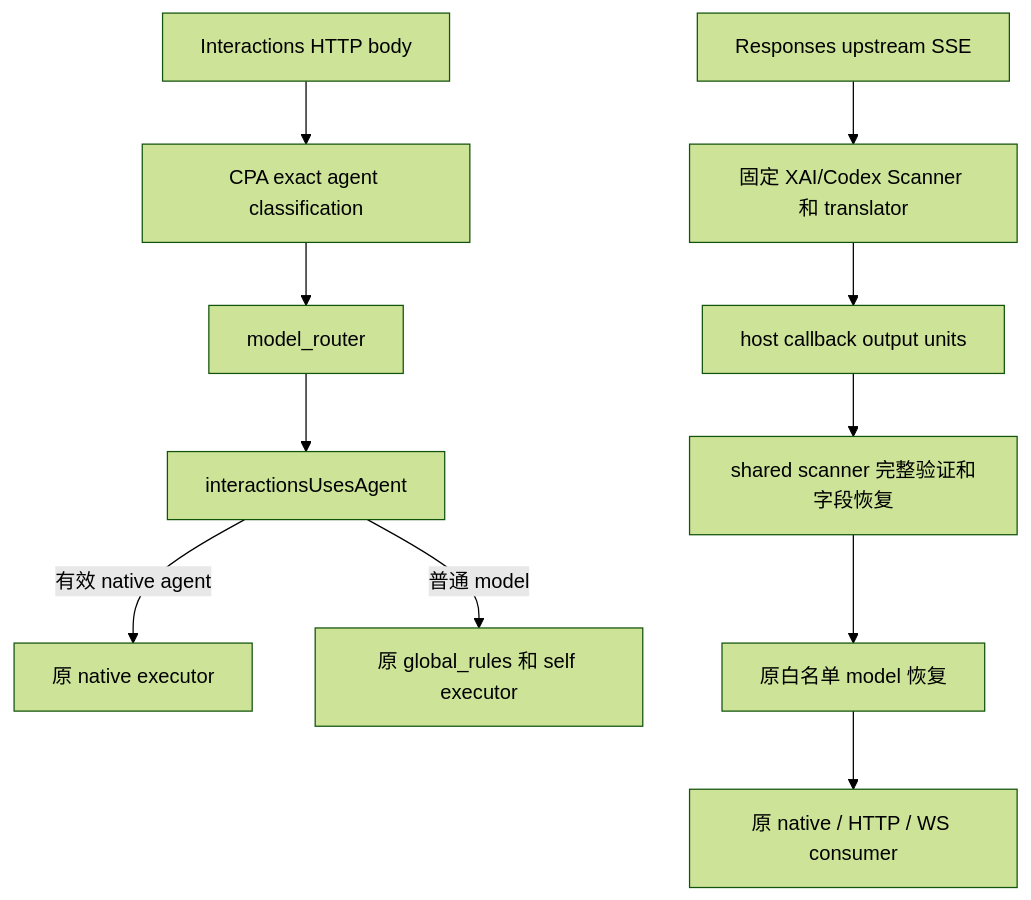
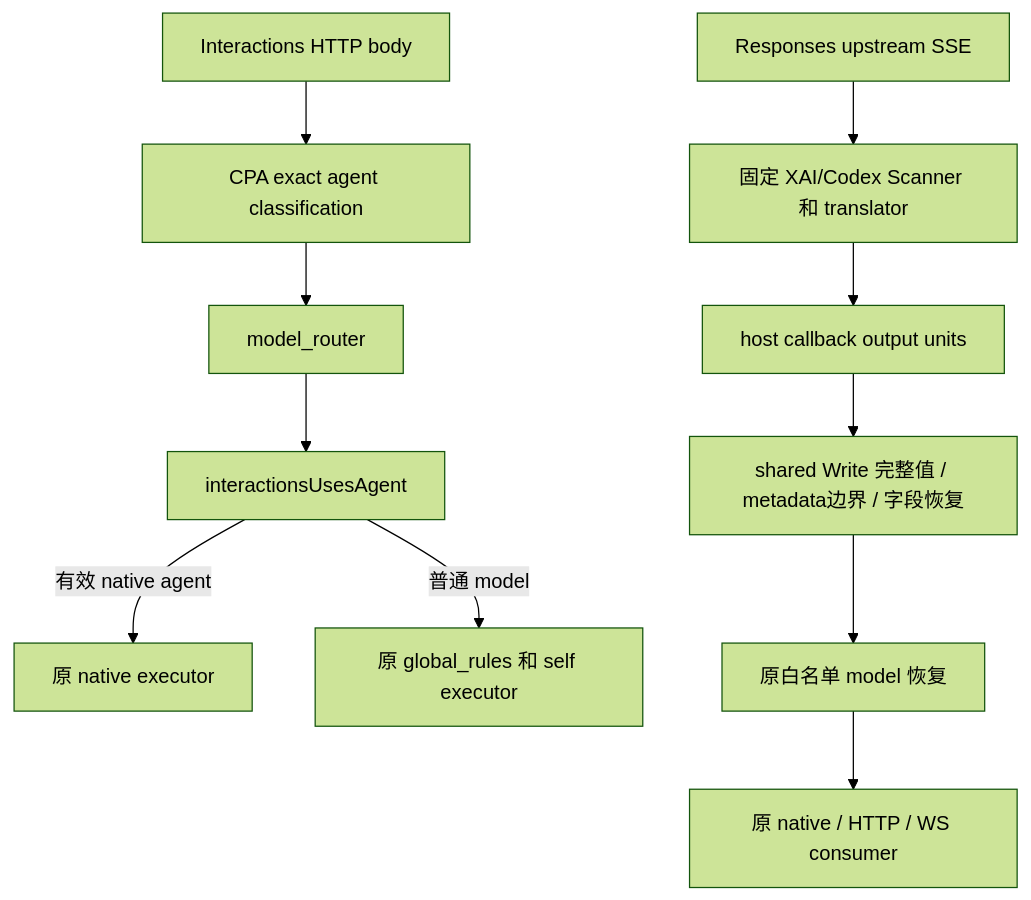
One commit to DoingDog/cpa-plugin-model-mapper changed the first of 5 diagrams in docs/superpowers/plans/2026-10-11-functional-audit-fixes-implementation.md. Above: the diagram before and after it, drawn with Mermaid (forest theme). The commit also changed other lines of this file and 1 other file, not shown here.

````diff
--- a/docs/superpowers/plans/2026-10-11-functional-audit-fixes-implementation.md
+++ b/docs/superpowers/plans/2026-10-11-functional-audit-fixes-implementation.md
@@ -79,13 +81,13 @@
 ```mermaid
 flowchart TB
   A[Interactions HTTP body] --> B[CPA exact agent classification]
   B --> C[model_router]
   C --> D[interactionsUsesAgent]
   D -->|有效 native agent| E[原 native executor]
   D -->|普通 model| F[原 global_rules 和 self executor]
   G[Responses upstream SSE] --> H[固定 XAI/Codex Scanner 和 translator]
   H --> I[host callback output units]
-  I --> J[shared scanner 完整验证和字段恢复]
+  I --> J[shared Write 完整值 / metadata边界 / 字段恢复]
   J --> K[原白名单 model 恢复]
   K --> L[原 native / HTTP / WS consumer]
 ```
````
